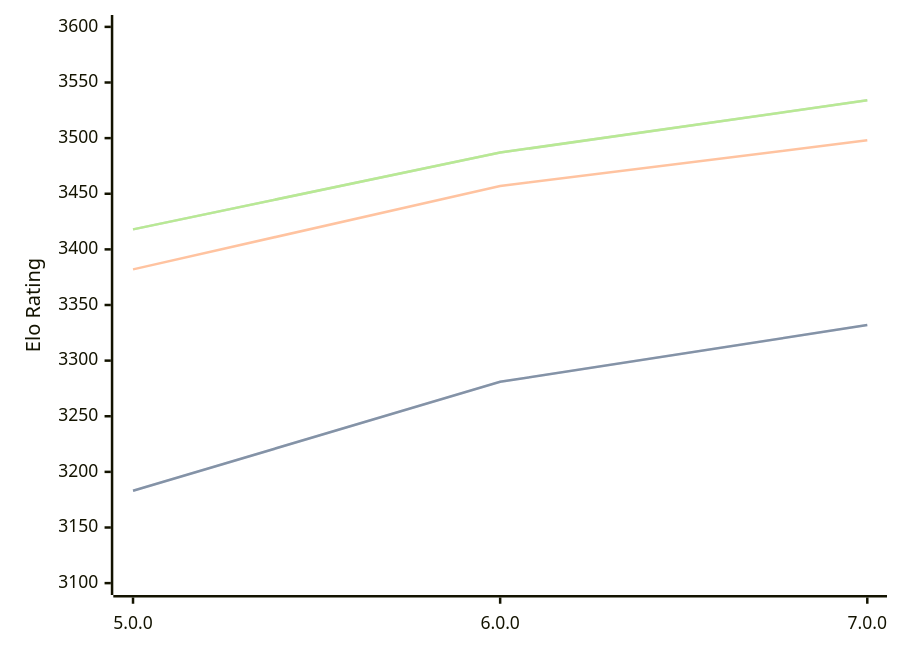
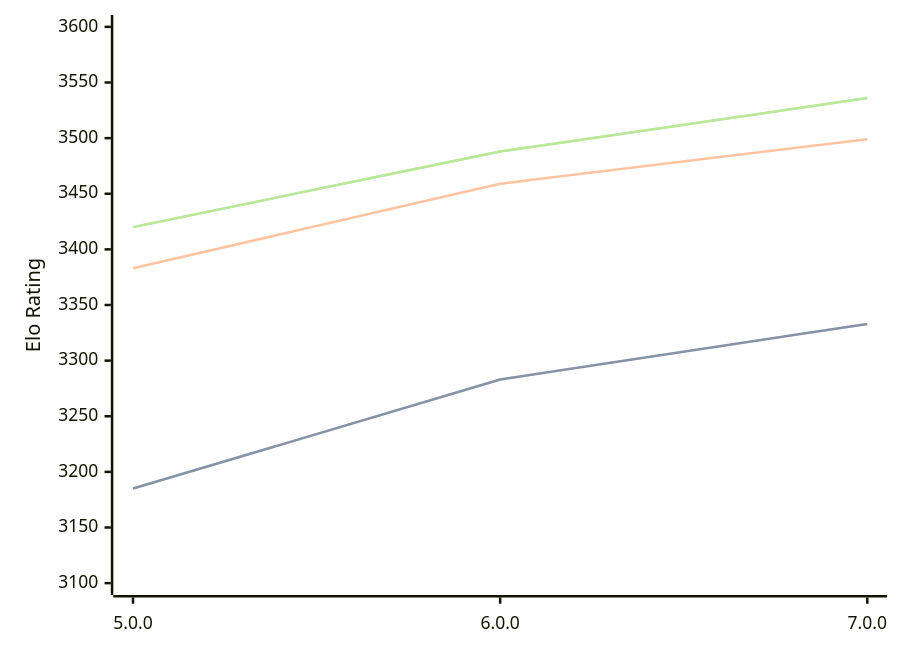
Before and after one commit to computer-chess-index/cci: the diagram in engines/Stormphrax.md, drawn with Mermaid. The commit also changed other lines of this file, not shown here.

Commit message:
Update CCI Ratings (ELO VLTC) - 2026-06-11

````diff
--- a/engines/Stormphrax.md
+++ b/engines/Stormphrax.md
@@ -38,11 +38,11 @@
 ```mermaid
 %%{init: {"theme":"base","themeVariables":{"seriesColors:['#a3a3a3','#222221','#faa371']}}}%%
 xychart-beta
   x-axis ["5.0.0", "6.0.0", "7.0.0"]
   y-axis "Elo Rating" 3100 --> 3600
-  line "STC (8.0+0.08s)" [3183, 3281, 3332]
-  line "STC (8.0+0.08s)" [3183, 3281, 3332]
-  line "LTC (60.0+0.60s)" [3382, 3457, 3498]
-  line "VLTC (2m24s+1.12s)" [3418, 3487, 3534]
-  line "VLTC (2m24s+1.12s)" [3418, 3487, 3534]
+  line "STC (8.0+0.08s)" [3185, 3283, 3333]
+  line "STC (8.0+0.08s)" [3185, 3283, 3333]
+  line "LTC (60.0+0.60s)" [3383, 3459, 3499]
+  line "VLTC (2m24s+1.12s)" [3420, 3488, 3536]
+  line "VLTC (2m24s+1.12s)" [3420, 3488, 3536]
 ```
````
